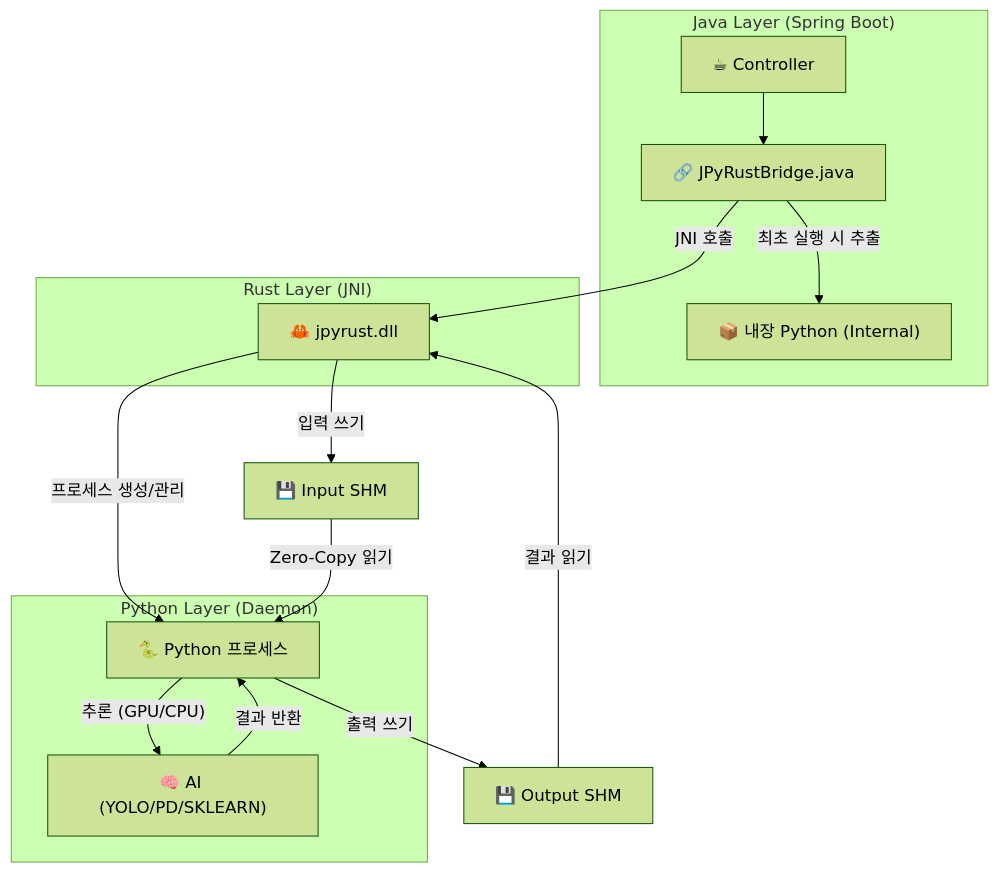
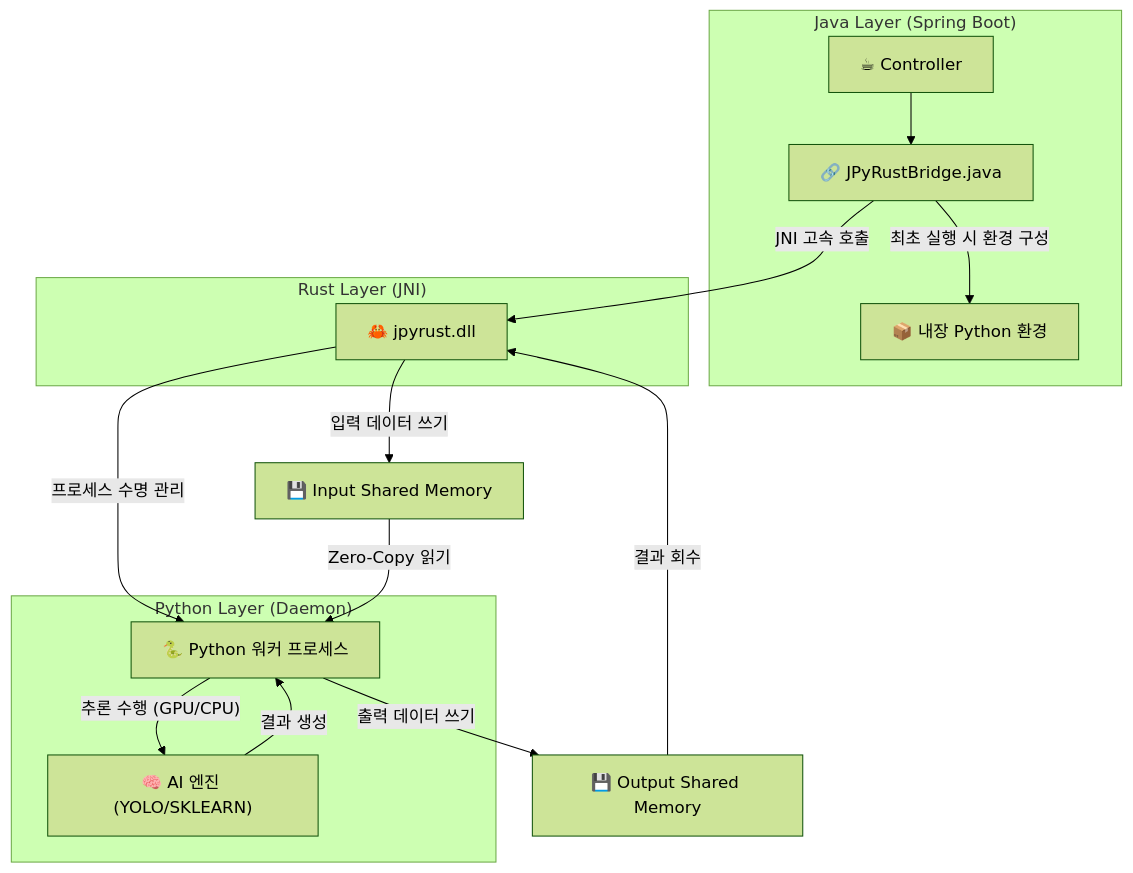
Before and after one commit to farmer0010/JPyRust: the diagram in README_KR.md, drawn with Mermaid (forest theme). The commit also changed other lines of this file, not shown here.

````diff
--- a/README_KR.md
+++ b/README_KR.md
@@ -72,30 +70,30 @@
 ```mermaid
 graph TD
     subgraph "Java Layer (Spring Boot)"
         Controller["☕ Controller"]
         JavaBridge["🔗 JPyRustBridge.java"]
-        Dist["📦 내장 Python (Internal)"]
+        Dist["📦 내장 Python 환경"]
     end
 
     subgraph "Rust Layer (JNI)"
         RustBridge["🦀 jpyrust.dll"]
     end
 
     subgraph "Python Layer (Daemon)"
-        Daemon["🐍 Python 프로세스"]
-        Models["🧠 AI (YOLO/PD/SKLEARN)"]
+        Daemon["🐍 Python 워커 프로세스"]
+        Models["🧠 AI 엔진 (YOLO/SKLEARN)"]
     end
 
     Controller --> JavaBridge
-    JavaBridge -- "최초 실행 시 추출" --> Dist
-    JavaBridge -- "JNI 호출" --> RustBridge
-    RustBridge -- "프로세스 생성/관리" --> Daemon
+    JavaBridge -- "최초 실행 시 환경 구성" --> Dist
+    JavaBridge -- "JNI 고속 호출" --> RustBridge
+    RustBridge -- "프로세스 수명 관리" --> Daemon
     
-    RustBridge -- "입력 쓰기" --> RAM_IN["💾 Input SHM"]
+    RustBridge -- "입력 데이터 쓰기" --> RAM_IN["💾 Input Shared Memory"]
     RAM_IN -- "Zero-Copy 읽기" --> Daemon
-    Daemon -- "추론 (GPU/CPU)" --> Models
+    Daemon -- "추론 수행 (GPU/CPU)" --> Models
     
-    Models -- "결과 반환" --> Daemon
-    Daemon -- "출력 쓰기" --> RAM_OUT["💾 Output SHM"]
-    RAM_OUT -- "결과 읽기" --> RustBridge
+    Models -- "결과 생성" --> Daemon
+    Daemon -- "출력 데이터 쓰기" --> RAM_OUT["💾 Output Shared Memory"]
+    RAM_OUT -- "결과 회수" --> RustBridge
 ```
````
